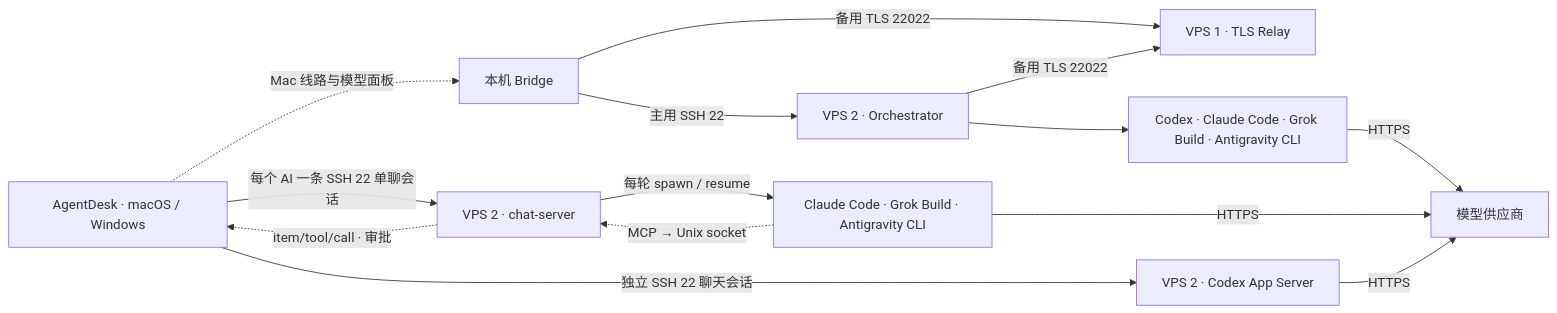
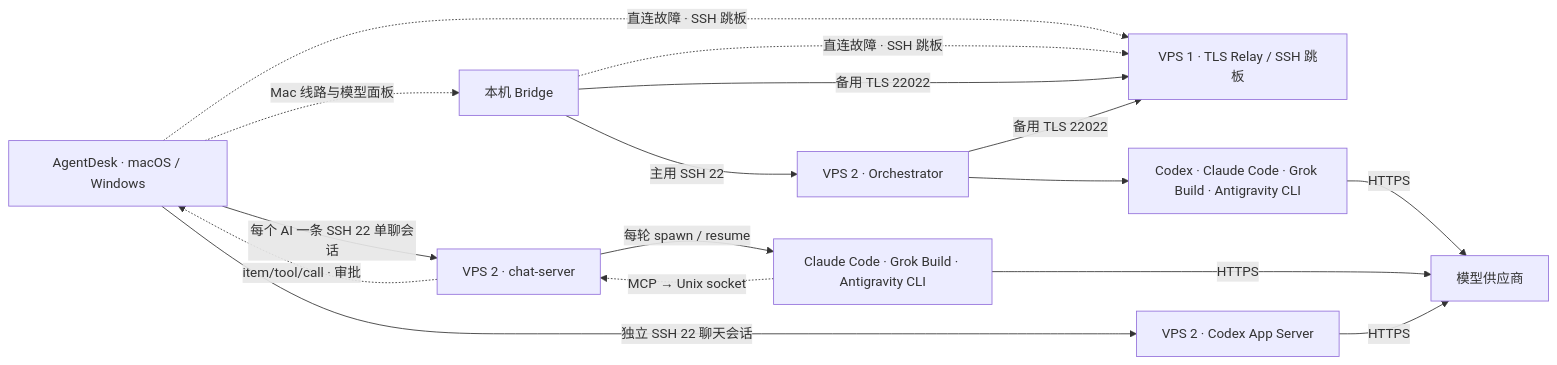
Before and after one commit to miller7-lan/agentdesk: the diagram in docs/ARCHITECTURE.md, drawn with Mermaid. The commit also changed other lines of this file and 29 other files, not shown here.

First line of the commit message:
新增 VPS1 SSH 跳板与直连自动回退

````diff
--- a/docs/ARCHITECTURE.md
+++ b/docs/ARCHITECTURE.md
@@ -5,24 +5,26 @@
 ```mermaid
 flowchart LR
     Desk["AgentDesk · macOS / Windows"]
     Bridge["本机 Bridge"]
-    Relay["VPS 1 · TLS Relay"]
+    Relay["VPS 1 · TLS Relay / SSH 跳板"]
     Orch["VPS 2 · Orchestrator"]
     AppServer["VPS 2 · Codex App Server"]
     ChatServer["VPS 2 · chat-server"]
     TaskCLI["Codex · Claude Code · Grok Build · Antigravity CLI"]
     ChatCLI["Claude Code · Grok Build · Antigravity CLI"]
     Cloud["模型供应商"]
     Desk -->|"独立 SSH 22 聊天会话"| AppServer
     Desk -->|"每个 AI 一条 SSH 22 单聊会话"| ChatServer
     ChatServer -->|"每轮 spawn / resume"| ChatCLI
     ChatCLI -.->|"MCP → Unix socket"| ChatServer
     ChatServer -.->|"item/tool/call · 审批"| Desk
+    Desk -.->|"直连故障 · SSH 跳板"| Relay
     Bridge -->|"主用 SSH 22"| Orch
+    Bridge -.->|"直连故障 · SSH 跳板"| Relay
     Bridge -->|"备用 TLS 22022"| Relay
     Orch -->|"备用 TLS 22022"| Relay
     Orch --> TaskCLI -->|"HTTPS"| Cloud
     ChatCLI -->|"HTTPS"| Cloud
     AppServer -->|"HTTPS"| Cloud
     Desk -.->|"Mac 线路与模型面板"| Bridge
 ```
````
